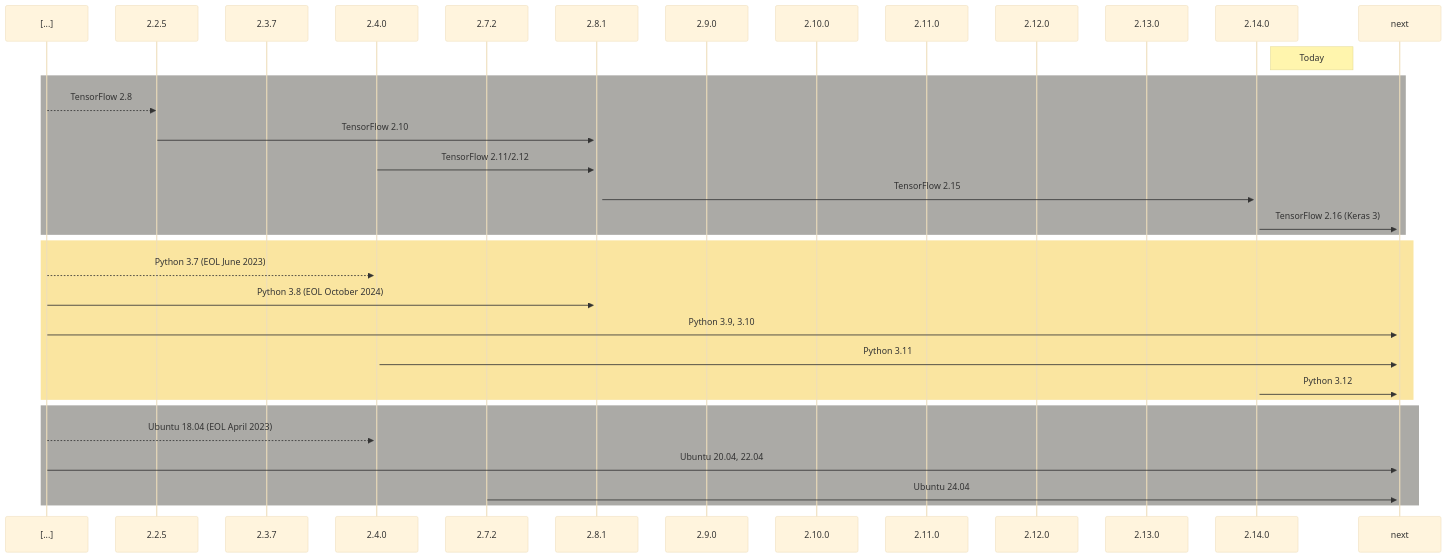
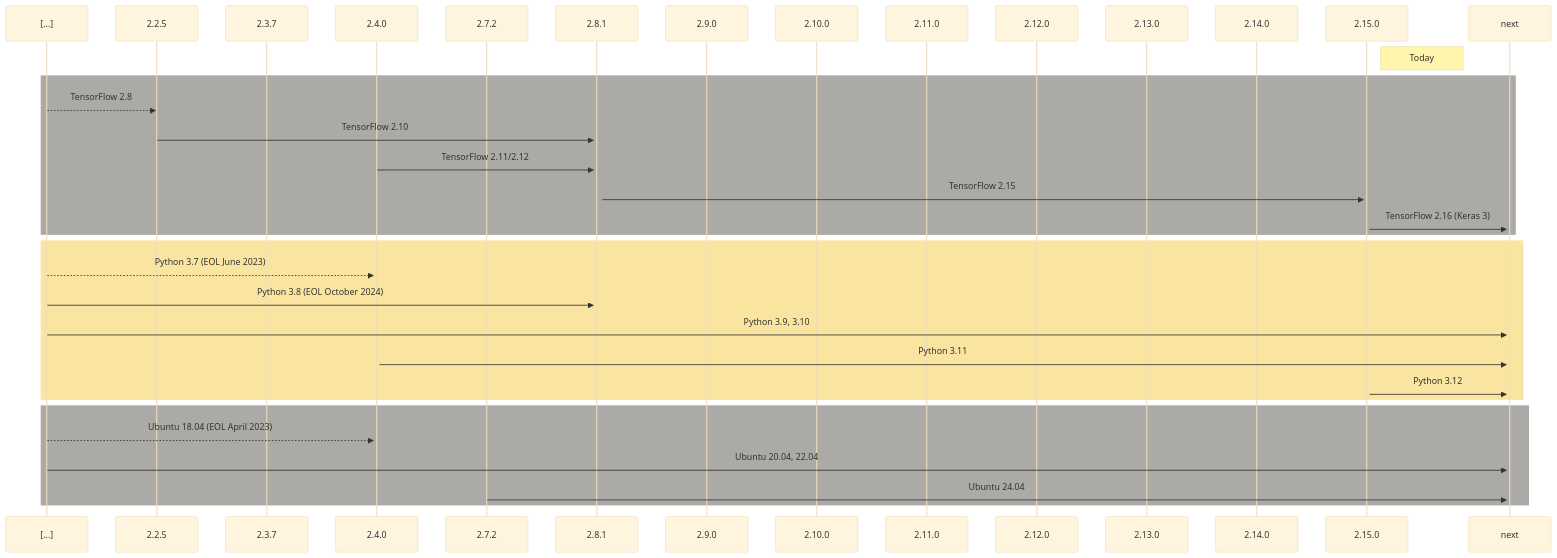
One commit to Brainchip-Inc/akida_examples changed the diagram in README.md. Above: the diagram before and after it, drawn with Mermaid. The commit also changed 1 other file, not shown here.

Commit message:
chore: prepare MetaTF 2.15

````diff
--- a/README.md
+++ b/README.md
@@ -76,37 +76,38 @@
 ```mermaid
 sequenceDiagram
     participant [...]
     participant 2.2.5
     participant 2.3.7
     participant 2.4.0
     participant 2.7.2
     participant 2.8.1
     participant 2.9.0
     participant 2.10.0
     participant 2.11.0
     participant 2.12.0
     participant 2.13.0
     participant 2.14.0
+    participant 2.15.0
     participant next
-    Note right of 2.14.0: Today
+    Note right of 2.15.0: Today
 rect rgb(171, 170, 166)
     [...]-->>2.2.5: TensorFlow 2.8
     2.2.5->>+2.8.1: TensorFlow 2.10
     2.4.0->>+2.8.1: TensorFlow 2.11/2.12
-    2.8.1->>+2.14.0: TensorFlow 2.15
-    2.14.0->>+next: TensorFlow 2.16 (Keras 3)
+    2.8.1->>+2.15.0: TensorFlow 2.15
+    2.15.0->>+next: TensorFlow 2.16 (Keras 3)
 end
 rect rgb(250, 229, 160)
     [...]-->>+2.4.0: Python 3.7 (EOL June 2023)
     [...]->>+2.8.1: Python 3.8 (EOL October 2024)
     [...]->>+next: Python 3.9, 3.10
     2.4.0->>+next: Python 3.11
-    2.14.0->>+next: Python 3.12
+    2.15.0->>+next: Python 3.12
 end
 rect rgb(171, 170, 166)
     [...]-->>+2.4.0: Ubuntu 18.04 (EOL April 2023)
     [...]->>+next: Ubuntu 20.04, 22.04
     2.7.2->>+next: Ubuntu 24.04
 end
 %%{init:{'theme':'base'}}%%
 ```
````
